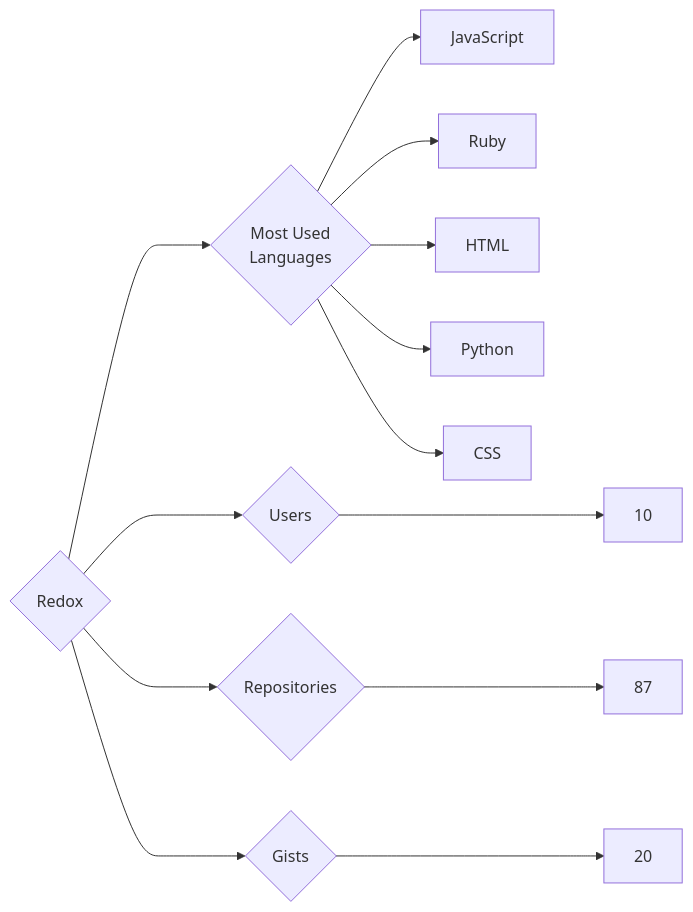
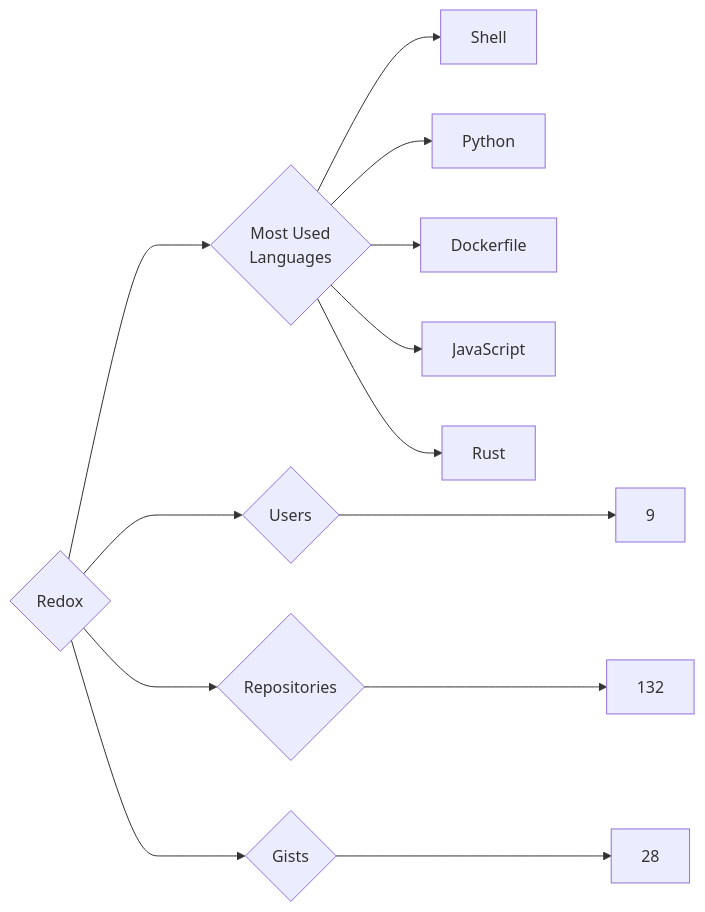
The diagram in targets/Redox/README.md (trickest/insiders), drawn with Mermaid before and after one commit. The commit also changed 582 other files, not shown here.

````diff
--- a/targets/Redox/README.md
+++ b/targets/Redox/README.md
@@ -3,13 +3,13 @@
 ```mermaid
 graph LR
 COMPANY_NAME{Redox}
-COMPANY_NAME ---> U{Users} ---> UN[10]
-COMPANY_NAME ---> R{Repositories} ---> RN[87]
-COMPANY_NAME ---> G{Gists} ---> GN[20]
+COMPANY_NAME ---> U{Users} ---> UN[9]
+COMPANY_NAME ---> R{Repositories} ---> RN[132]
+COMPANY_NAME ---> G{Gists} ---> GN[28]
 COMPANY_NAME ---> ML{Most Used<br>Languages}
+ML --> Shell[Shell]
+ML --> Python[Python]
+ML --> Dockerfile[Dockerfile]
 ML --> JavaScript[JavaScript]
-ML --> Ruby[Ruby]
-ML --> HTML[HTML]
-ML --> Python[Python]
-ML --> CSS[CSS]
+ML --> Rust[Rust]
 ```
````
